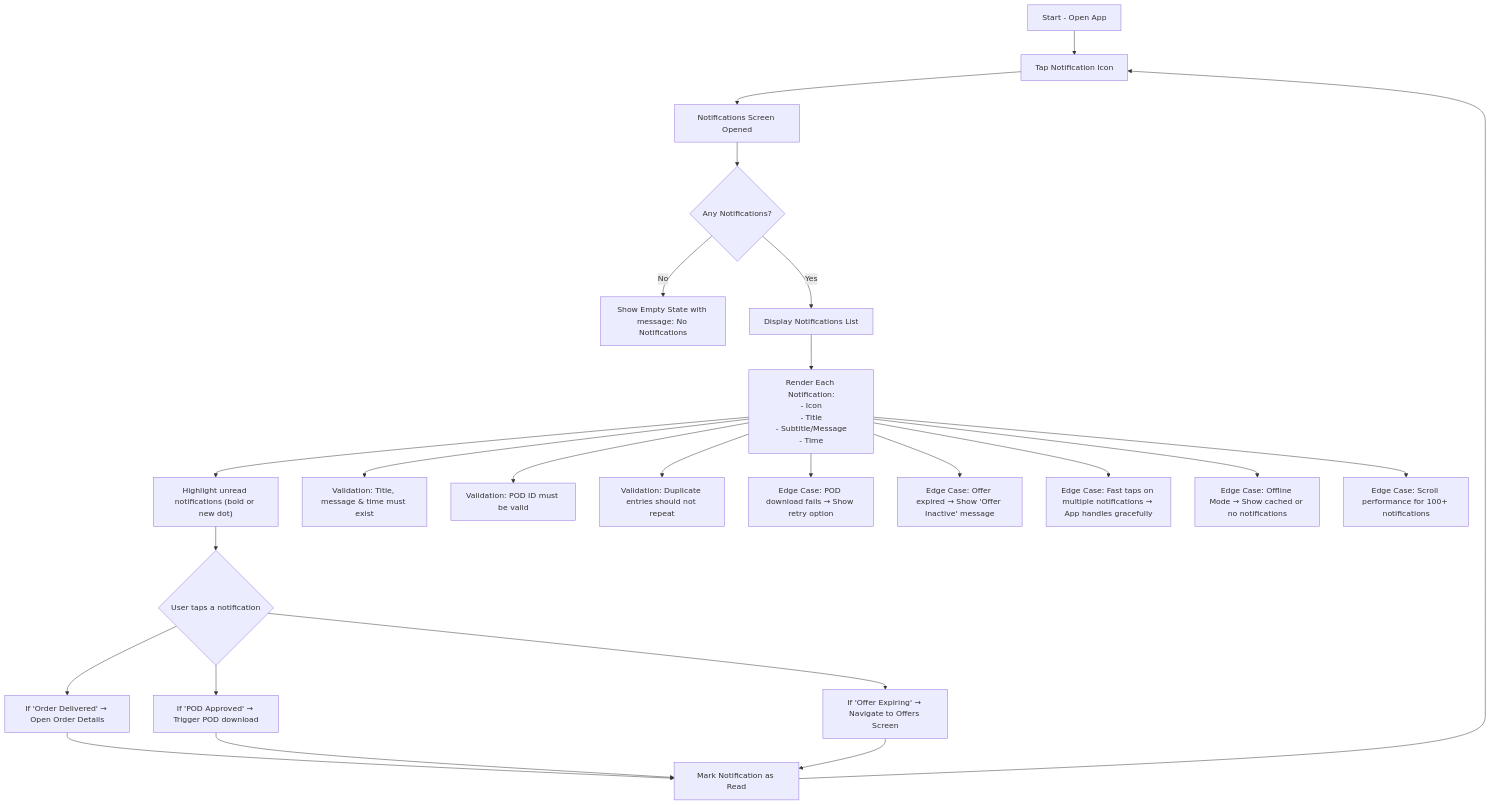
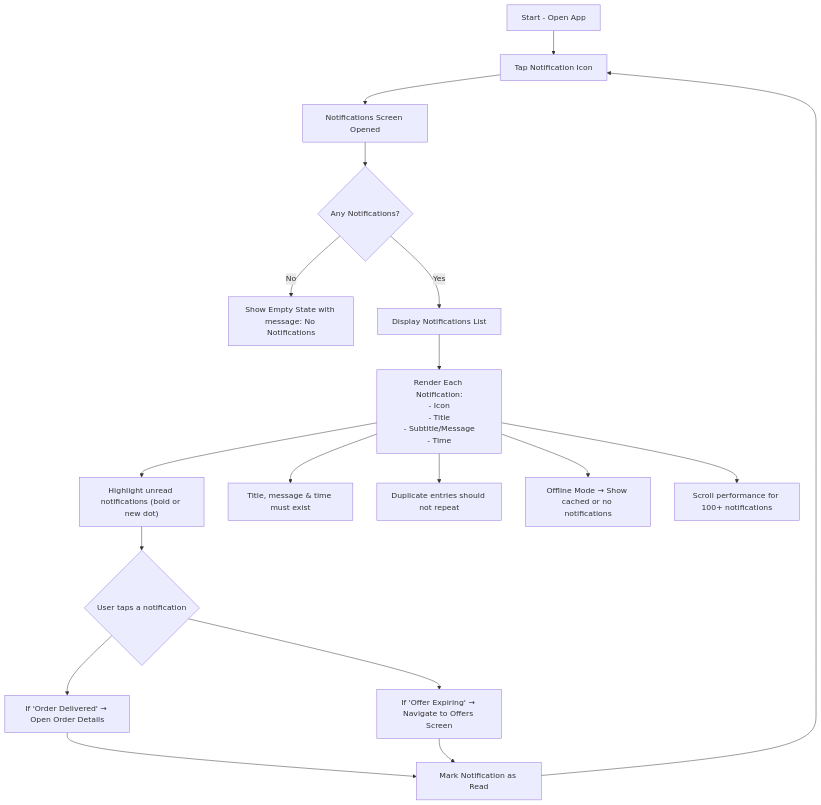
The diagram in Notification.md (NitishaPolynomial/Champion), drawn with Mermaid before and after one commit.

````diff
--- a/Notification.md
+++ b/Notification.md
@@ -1,37 +1,32 @@
 ```mermaid
 flowchart TD
     A[Start - Open App] --> B[Tap Notification Icon]
     B --> C[Notifications Screen Opened]
 
     %% Check for Notification State
     C --> D{Any Notifications?}
     D -->|No| E[Show Empty State with message: No Notifications]
     D -->|Yes| F[Display Notifications List]
 
     %% Valid Notifications
     F --> F1["Render Each Notification:<br>- Icon<br>- Title<br>- Subtitle/Message<br>- Time"]
     F1 --> F2["Highlight unread notifications (bold or new dot)"]
 
     %% Tapping on Notification
     F2 --> G{User taps a notification}
     G --> G1[If 'Order Delivered' → Open Order Details]
-    G --> G2[If 'POD Approved' → Trigger POD download]
-    G --> G3[If 'Offer Expiring' → Navigate to Offers Screen]
+    G --> G2[If 'Offer Expiring' → Navigate to Offers Screen]
 
     %% Validations
-    F1 --> V1[Validation: Title, message & time must exist]
-    F1 --> V2[Validation: POD ID must be valid]
-    F1 --> V3[Validation: Duplicate entries should not repeat]
+    F1 --> V1[Title, message & time must exist]
+    F1 --> V3[Duplicate entries should not repeat]
 
     %% Edge Cases
-    F1 --> E1[Edge Case: POD download fails → Show retry option]
-    F1 --> E2[Edge Case: Offer expired → Show 'Offer Inactive' message]
-    F1 --> E3[Edge Case: Fast taps on multiple notifications → App handles gracefully]
-    F1 --> E4[Edge Case: Offline Mode → Show cached or no notifications]
-    F1 --> E5[Edge Case: Scroll performance for 100+ notifications]
+    
+    F1 --> E4[Offline Mode → Show cached or no notifications]
+    F1 --> E5[Scroll performance for 100+ notifications]
 
     G1 --> H[Mark Notification as Read]
-    G2 --> H
-    G3 --> H --> B
+    G2 --> H --> B
 
 ```
````
